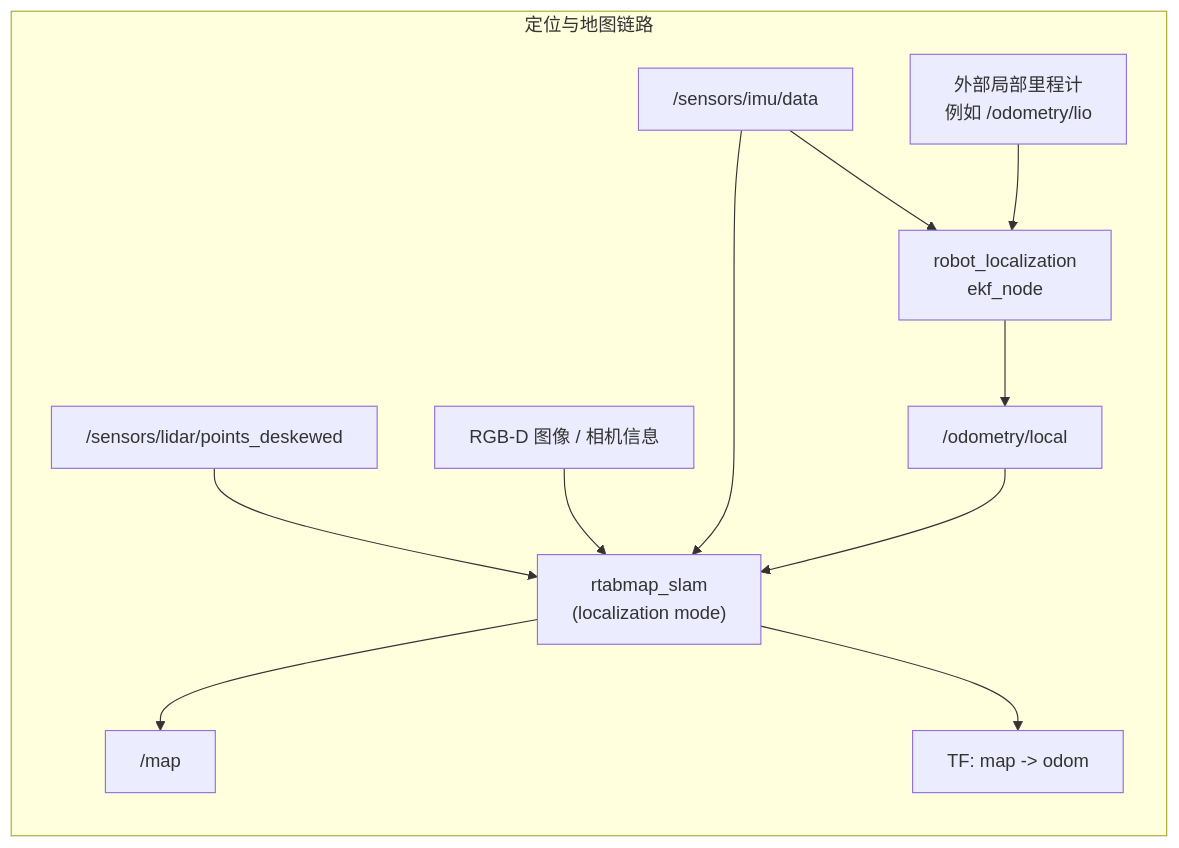
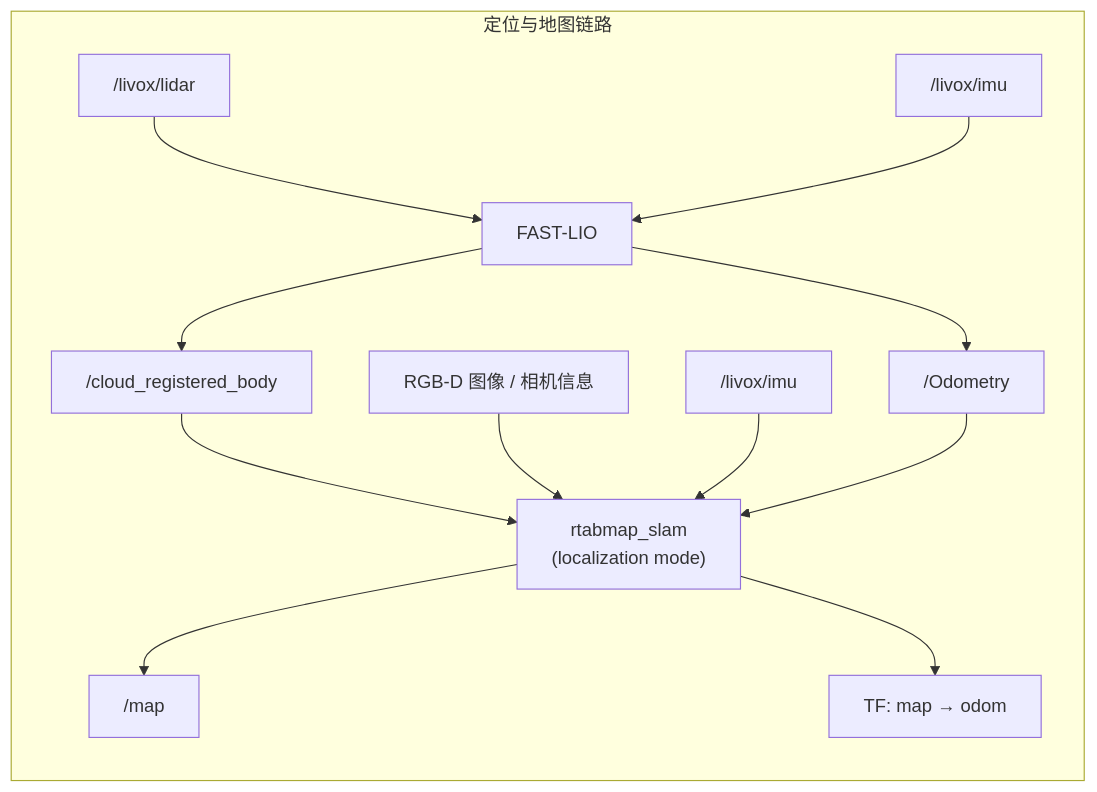
Before and after one commit to aqing520/rtab-ros2: the second of 3 diagrams in README_NAV.md, drawn with Mermaid. The commit also changed other lines of this file and 118 other files, not shown here.

Commit message:
重构建图链路代码

````diff
--- a/README_NAV.md
+++ b/README_NAV.md
@@ -95,16 +91,17 @@
 ```mermaid
 flowchart LR
     subgraph A["定位与地图链路"]
-        IMU["/sensors/imu/data"] --> EKF["robot_localization\nekf_node"]
-        ODOM_SRC["外部局部里程计\n例如 /odometry/lio"] --> EKF
-        EKF --> ODOM_LOCAL["/odometry/local"]
+        CLOUD["/livox/lidar"] --> FASTLIO["FAST-LIO"]
+        IMU["/livox/imu"] --> FASTLIO
+        FASTLIO --> ODOM["/Odometry"]
+        FASTLIO --> CLOUD_REG["/cloud_registered_body"]
 
-        LIDAR["/sensors/lidar/points_deskewed"] --> RTAB["rtabmap_slam\n(localization mode)"]
+        CLOUD_REG --> RTAB["rtabmap_slam\n(localization mode)"]
         RGBD["RGB-D 图像 / 相机信息"] --> RTAB
-        IMU --> RTAB
-        ODOM_LOCAL --> RTAB
+        IMU2["/livox/imu"] --> RTAB
+        ODOM --> RTAB
 
         RTAB --> MAP["/map"]
-        RTAB --> TFMAP["TF: map -> odom"]
+        RTAB --> TFMAP["TF: map → odom"]
     end
 ```
````
